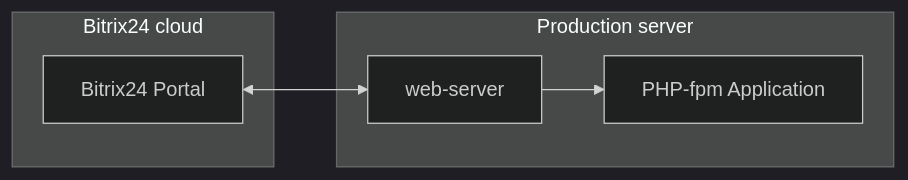
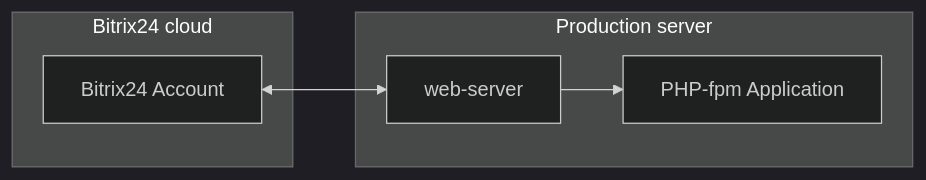
Before and after one commit to bitrix24/b24sdk-examples: the second of 2 diagrams in php/quick-start/local-apps/token-storage-in-file/README.md, drawn with Mermaid (dark theme). The commit also changed other lines of this file, not shown here.

````diff
--- a/php/quick-start/local-apps/token-storage-in-file/README.md
+++ b/php/quick-start/local-apps/token-storage-in-file/README.md
@@ -58,12 +58,12 @@
 ```mermaid
 graph LR
     subgraph Bitrix24 cloud
-        A[Bitrix24 Portal] 
+        A[Bitrix24 Account] 
     end
     
-    A[Bitrix24 Portal] <--> B[web-server]
+    A[Bitrix24 Account] <--> B[web-server]
     
     subgraph Production server 
     B[web-server] --> E[PHP-fpm Application]
     end
 ```
````
